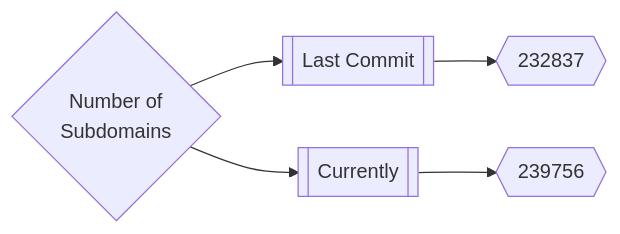
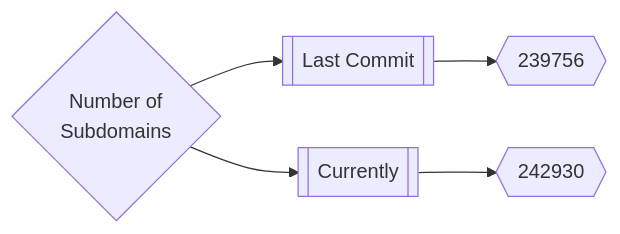
The first of 3 diagrams in README.md (trickest/inventory), drawn with Mermaid before and after one commit. The commit also changed other lines of this file, not shown here.

Commit message:
Update Thu Mar 10 13:36:02 UTC 2022

````diff
--- a/README.md
+++ b/README.md
@@ -165,5 +165,5 @@
 ```mermaid
 graph LR
-title{Number of<br>Subdomains} --> subdomainsDate1[[Last Commit]] --> subdomainsNum1{{232837}}
-title --> subdomainsDate2[[Currently]] --> subdomainsNum2{{239756}}
+title{Number of<br>Subdomains} --> subdomainsDate1[[Last Commit]] --> subdomainsNum1{{239756}}
+title --> subdomainsDate2[[Currently]] --> subdomainsNum2{{242930}}
 ```
````
